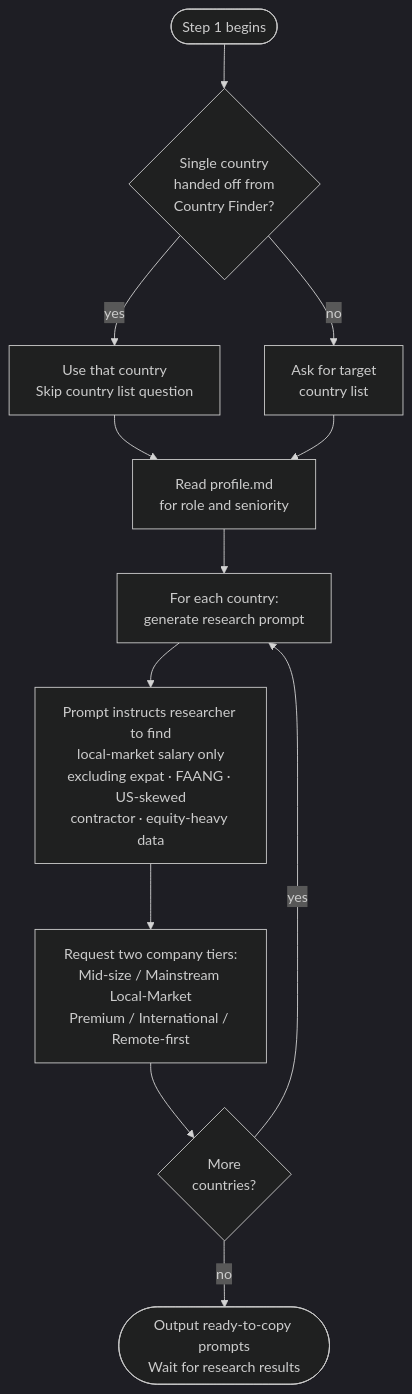
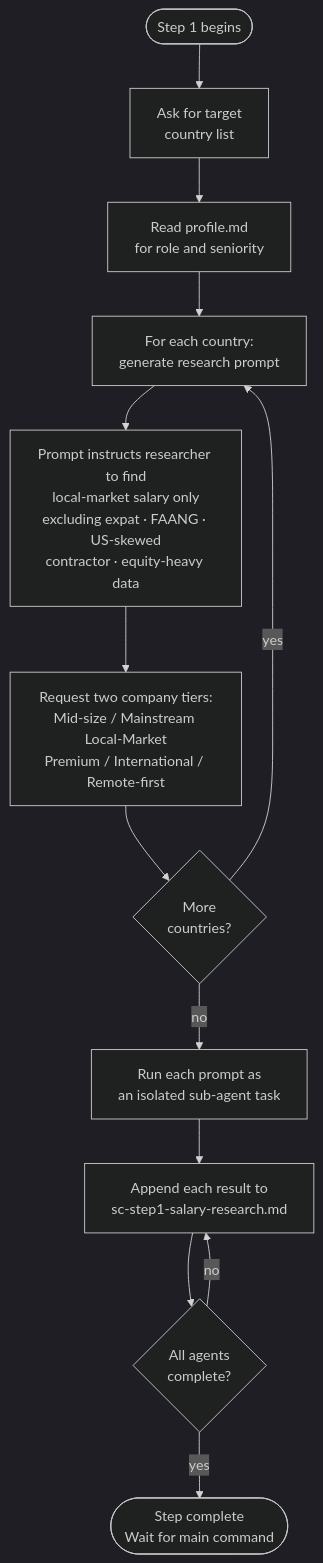
Before and after one commit to myowinthein/agent-compass: the diagram in docs/commands/salary-calculator/step1-research-prompt-generator.md, drawn with Mermaid (dark theme). The commit also changed other lines of this file and 7 other files, not shown here.

First line of the commit message:
docs(commands): sync all step docs to session prompt changes

````diff
--- a/docs/commands/salary-calculator/step1-research-prompt-generator.md
+++ b/docs/commands/salary-calculator/step1-research-prompt-generator.md
@@ -14,14 +14,15 @@
 ```mermaid
 flowchart TD
-  Start([Step 1 begins]) --> Handoff{Single country\nhanded off from\nCountry Finder?}
-  Handoff -->|yes| UseCountry[Use that country\nSkip country list question]
-  Handoff -->|no| AskList[Ask for target\ncountry list]
-  UseCountry --> ReadProfile[Read profile.md\nfor role and seniority]
-  AskList --> ReadProfile
+  Start([Step 1 begins]) --> AskList[Ask for target\ncountry list]
+  AskList --> ReadProfile[Read profile.md\nfor role and seniority]
   ReadProfile --> ForEach[For each country:\ngenerate research prompt]
   ForEach --> Prompt[Prompt instructs researcher to find\nlocal-market salary only\nexcluding expat · FAANG · US-skewed\ncontractor · equity-heavy data]
   Prompt --> Tiers[Request two company tiers:\nMid-size / Mainstream Local-Market\nPremium / International / Remote-first]
   Tiers --> More{More\ncountries?}
   More -->|yes| ForEach
-  More -->|no| Done([Output ready-to-copy prompts\nWait for research results])
+  More -->|no| Agents[Run each prompt as\nan isolated sub-agent task]
+  Agents --> Append[Append each result to\nsc-step1-salary-research.md]
+  Append --> AllDone{All agents\ncomplete?}
+  AllDone -->|no| Append
+  AllDone -->|yes| Done([Step complete\nWait for main command])
 ```
````
